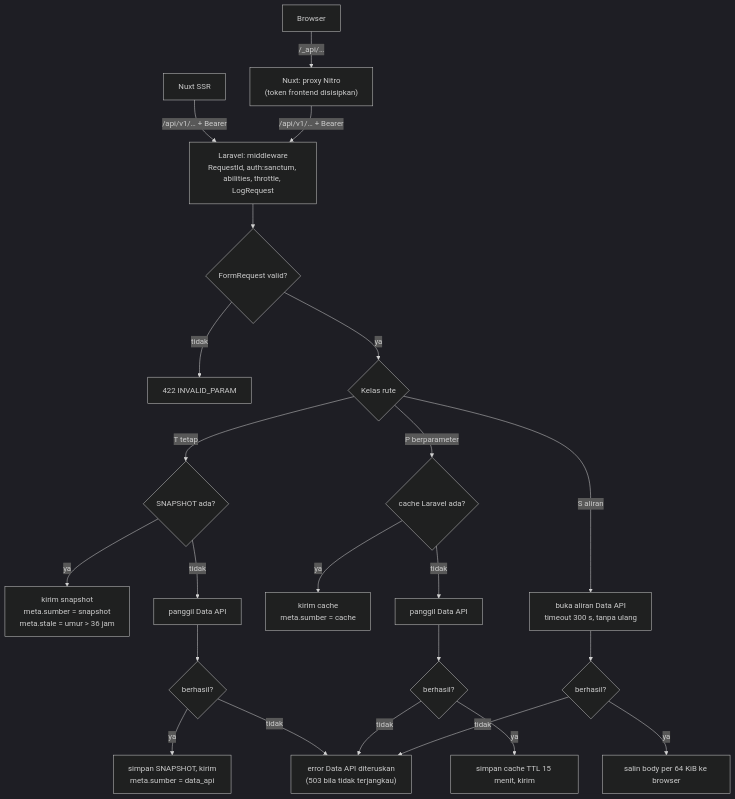
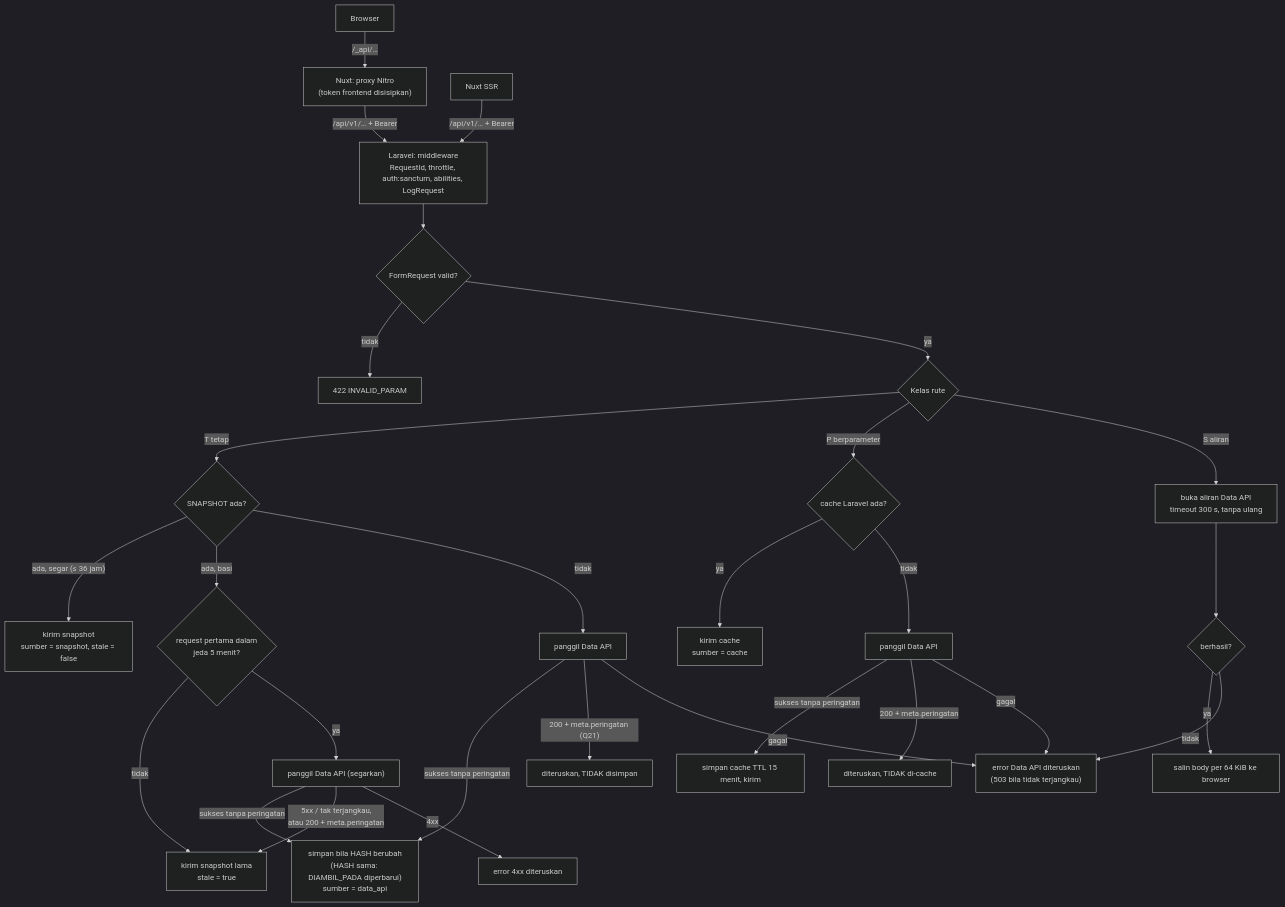
One commit to RantAI-dev/DisparDataPlatform changed the diagram in port/docs/flowchart/README.md. Above: the diagram before and after it, drawn with Mermaid (dark theme). The commit also changed other lines of this file and 30 other files, not shown here.

````diff
--- a/port/docs/flowchart/README.md
+++ b/port/docs/flowchart/README.md
@@ -26,22 +26,30 @@
 ```mermaid
 flowchart TD
     B["Browser"] -->|"/_api/…"| N["Nuxt: proxy Nitro<br/>(token frontend disisipkan)"]
     S["Nuxt SSR"] -->|"/api/v1/… + Bearer"| L
-    N -->|"/api/v1/… + Bearer"| L["Laravel: middleware<br/>RequestId, auth:sanctum, abilities, throttle, LogRequest"]
+    N -->|"/api/v1/… + Bearer"| L["Laravel: middleware<br/>RequestId, throttle, auth:sanctum, abilities, LogRequest"]
     L --> V{"FormRequest valid?"}
     V -- tidak --> E422["422 INVALID_PARAM"]
     V -- ya --> K{"Kelas rute"}
     K -- "T tetap" --> T{"SNAPSHOT ada?"}
-    T -- ya --> TS["kirim snapshot<br/>meta.sumber = snapshot<br/>meta.stale = umur > 36 jam"]
-    T -- tidak --> TD["panggil Data API"] --> TO{"berhasil?"}
-    TO -- ya --> TW["simpan SNAPSHOT, kirim<br/>meta.sumber = data_api"]
-    TO -- tidak --> E5["error Data API diteruskan<br/>(503 bila tidak terjangkau)"]
+    T -- "ada, segar (≤ 36 jam)" --> TS["kirim snapshot<br/>sumber = snapshot, stale = false"]
+    T -- "ada, basi" --> J{"request pertama dalam<br/>jeda 5 menit?"}
+    J -- tidak --> TL["kirim snapshot lama<br/>stale = true"]
+    J -- ya --> TB["panggil Data API (segarkan)"]
+    TB -- "sukses tanpa peringatan" --> TW["simpan bila HASH berubah<br/>(HASH sama: DIAMBIL_PADA diperbarui)<br/>sumber = data_api"]
+    TB -- "5xx / tak terjangkau,<br/>atau 200 + meta.peringatan" --> TL
+    TB -- "4xx" --> E4["error 4xx diteruskan"]
+    T -- tidak --> TD["panggil Data API"]
+    TD -- "sukses tanpa peringatan" --> TW
+    TD -- "200 + meta.peringatan (Q21)" --> TP["diteruskan, TIDAK disimpan"]
+    TD -- gagal --> E5["error Data API diteruskan<br/>(503 bila tidak terjangkau)"]
     K -- "P berparameter" --> C{"cache Laravel ada?"}
-    C -- ya --> CS["kirim cache<br/>meta.sumber = cache"]
-    C -- tidak --> CD["panggil Data API"] --> CO{"berhasil?"}
-    CO -- ya --> CW["simpan cache TTL 15 menit, kirim"]
-    CO -- tidak --> E5
+    C -- ya --> CS["kirim cache<br/>sumber = cache"]
+    C -- tidak --> CD["panggil Data API"]
+    CD -- "sukses tanpa peringatan" --> CW["simpan cache TTL 15 menit, kirim"]
+    CD -- "200 + meta.peringatan" --> CP["diteruskan, TIDAK di-cache"]
+    CD -- gagal --> E5
     K -- "S aliran" --> SD["buka aliran Data API<br/>timeout 300 s, tanpa ulang"] --> SO{"berhasil?"}
     SO -- ya --> SS["salin body per 64 KiB ke browser"]
     SO -- tidak --> E5
 ```
````
